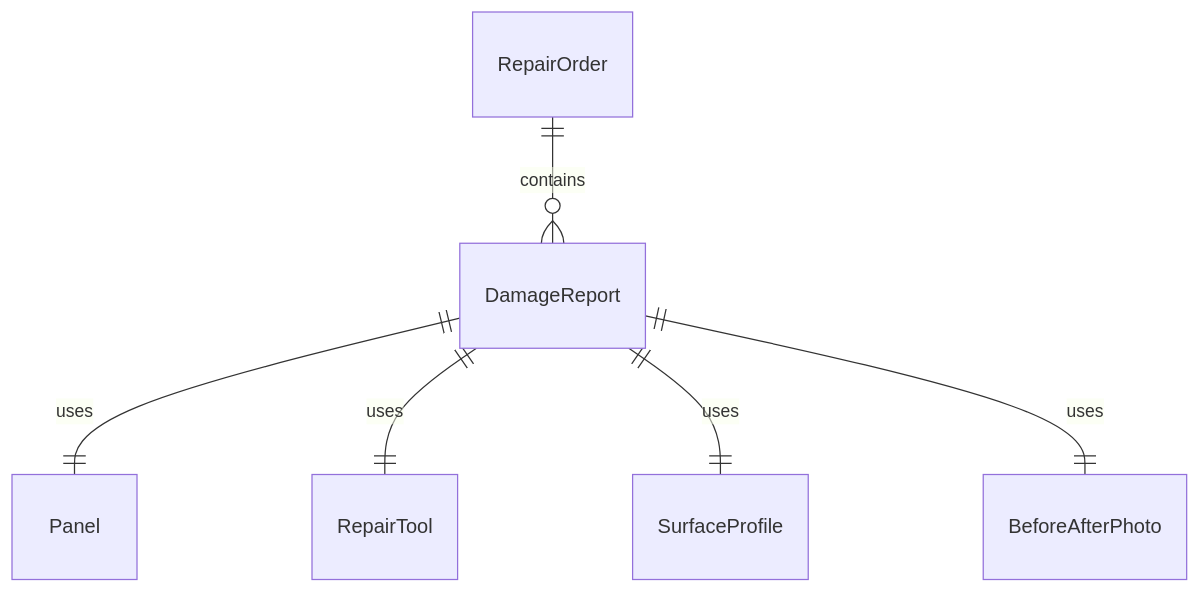
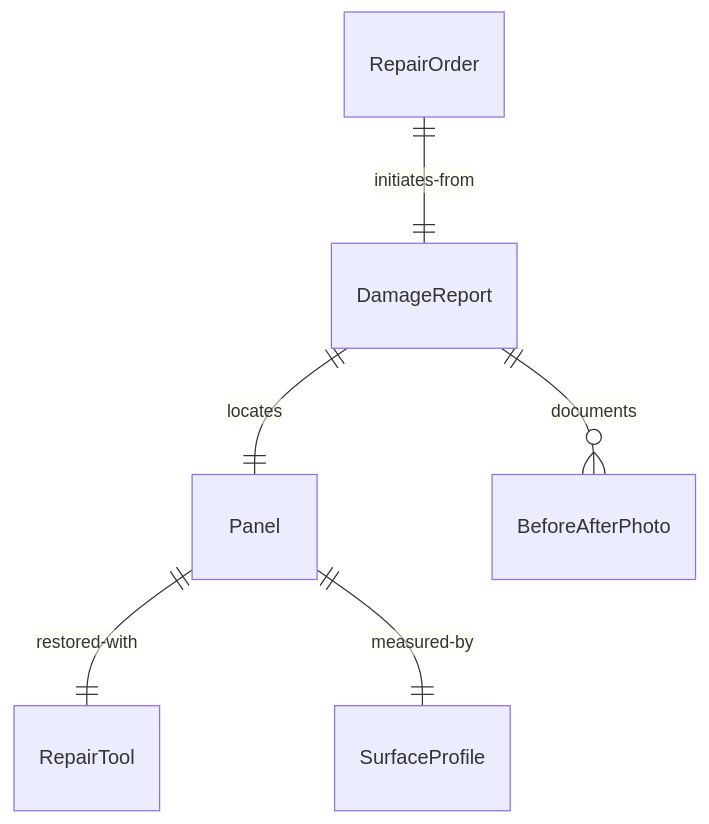
Before and after one commit to dot-org-ai/tasks.org.ai: the first of 4 diagrams in HandlingAndMovingObjects/SmoothSurfacesOfObjectsOrEquipment/RemoveDentsEquipmentMaterialsTools.mdx, drawn with Mermaid. The commit also changed other lines of this file and 515 other files, not shown here.

````diff
--- a/HandlingAndMovingObjects/SmoothSurfacesOfObjectsOrEquipment/RemoveDentsEquipmentMaterialsTools.mdx
+++ b/HandlingAndMovingObjects/SmoothSurfacesOfObjectsOrEquipment/RemoveDentsEquipmentMaterialsTools.mdx
@@ -85,8 +85,8 @@
 ```mermaid
 erDiagram
-    RepairOrder ||--o{ DamageReport : "contains"
-    DamageReport ||--|| Panel : "uses"
-    DamageReport ||--|| RepairTool : "uses"
-    DamageReport ||--|| SurfaceProfile : "uses"
-    DamageReport ||--|| BeforeAfterPhoto : "uses"
+    RepairOrder ||--|| DamageReport : "initiates-from"
+    DamageReport ||--|| Panel : "locates"
+    Panel ||--|| RepairTool : "restored-with"
+    Panel ||--|| SurfaceProfile : "measured-by"
+    DamageReport ||--o{ BeforeAfterPhoto : "documents"
 ```
````
